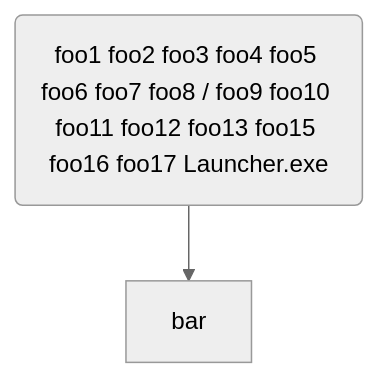
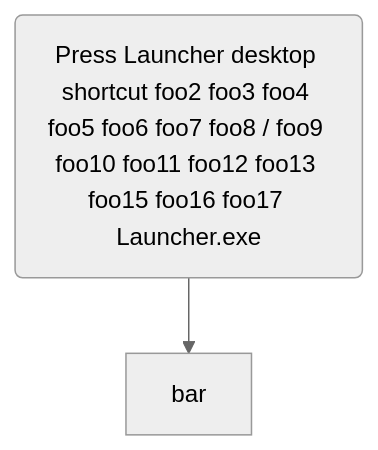
Diagram 16 of 16 in sandbox/MerMaid_diagram_integration.md (funjobie/OpenSwordArtsVR), drawn with Mermaid (neutral theme) before and after one commit. The commit also changed other lines of this file, not shown here.

Commit message:
fix troubleshooting example

````diff
--- a/sandbox/MerMaid_diagram_integration.md
+++ b/sandbox/MerMaid_diagram_integration.md
@@ -205,4 +205,4 @@
 ```mermaid
 flowchart TD
-    foo(foo1 foo2 foo3 foo4 foo5 foo6 foo7 foo8 / foo9 foo10 foo11 foo12 foo13 foo15 foo16 foo17 Launcher.exe) --> bar
+    foo(Press Launcher desktop shortcut foo2 foo3 foo4 foo5 foo6 foo7 foo8 / foo9 foo10 foo11 foo12 foo13 foo15 foo16 foo17 Launcher.exe) --> bar
 ```
````
